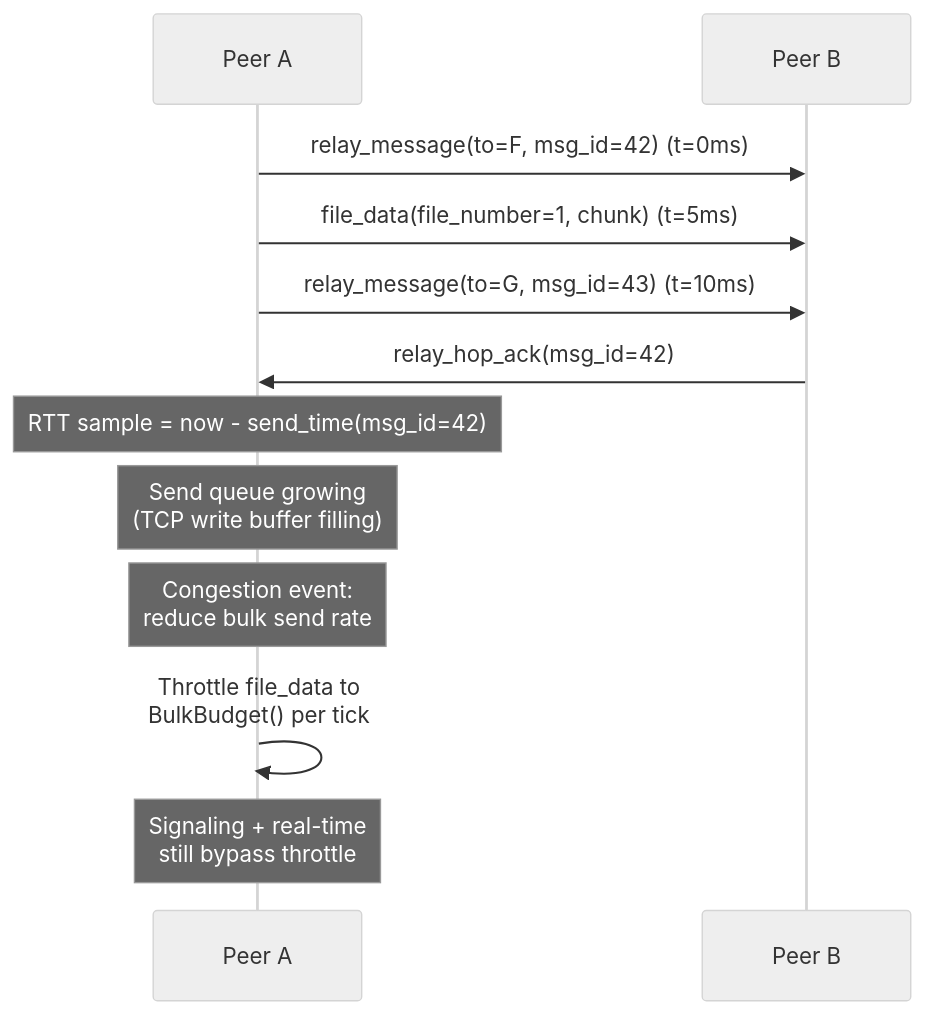
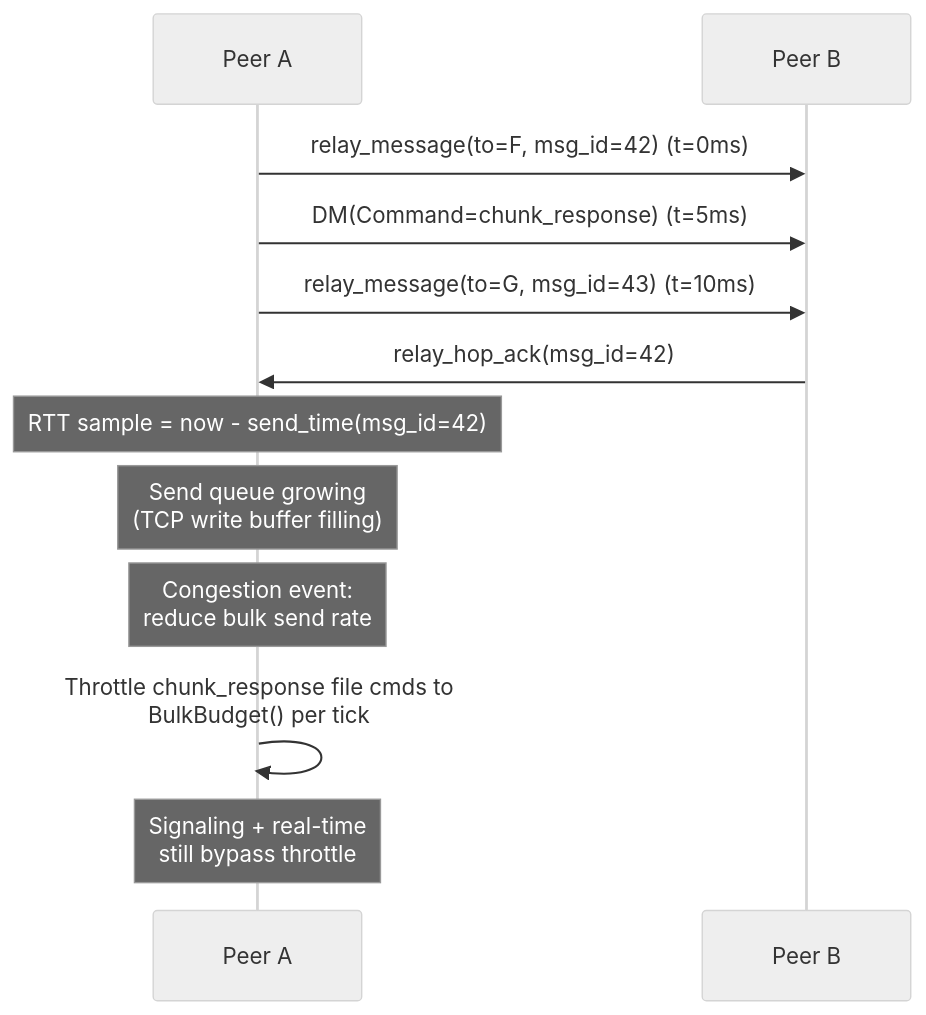
One commit to piratecash/corsa changed diagram 26 of 29 in docs/roadmap.md. Above: the diagram before and after it, drawn with Mermaid (neutral theme). The commit also changed other lines of this file and 98 other files, not shown here.

````diff
--- a/docs/roadmap.md
+++ b/docs/roadmap.md
@@ -4643,18 +3973,18 @@
 ```mermaid
 sequenceDiagram
     participant A as Peer A
     participant B as Peer B
 
     A->>B: relay_message(to=F, msg_id=42) (t=0ms)
-    A->>B: file_data(file_number=1, chunk) (t=5ms)
+    A->>B: DM(Command=chunk_response) (t=5ms)
     A->>B: relay_message(to=G, msg_id=43) (t=10ms)
 
     B->>A: relay_hop_ack(msg_id=42)
     Note over A: RTT sample = now - send_time(msg_id=42)
 
     Note over A: Send queue growing<br/>(TCP write buffer filling)
     Note over A: Congestion event:<br/>reduce bulk send rate
 
-    A->>A: Throttle file_data to<br/>BulkBudget() per tick
+    A->>A: Throttle chunk_response file cmds to<br/>BulkBudget() per tick
     Note over A: Signaling + real-time<br/>still bypass throttle
 ```
````
